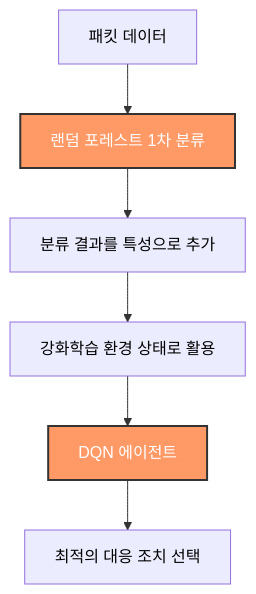
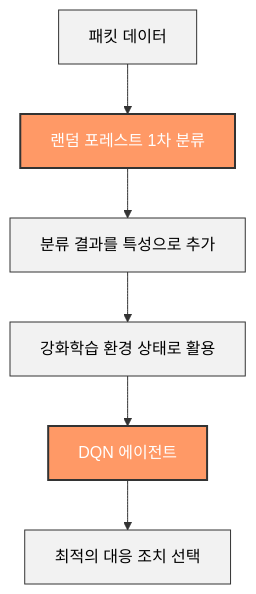
The second of 4 diagrams in README.md (Es5724/Intrusion_DetectionSystem_AIagent), drawn with Mermaid before and after one commit. The commit also changed other lines of this file, not shown here.

````diff
--- a/README.md
+++ b/README.md
@@ -166,13 +166,13 @@
 ```mermaid
 flowchart TD
     packet[패킷 데이터] --> rf[랜덤 포레스트 1차 분류]
     rf --> feature[분류 결과를 특성으로 추가]
     feature --> state[강화학습 환경 상태로 활용]
     state --> dqn[DQN 에이전트]
     dqn --> action[최적의 대응 조치 선택]
     
     classDef highlight fill:#f96,stroke:#333,stroke-width:2px,color:white;
-    classDef normal color:black;
+    classDef normal fill:#f2f2f2,stroke:#333,stroke-width:1px,color:black;
     class dqn,rf highlight
     class packet,feature,state,action normal
 ```
````
